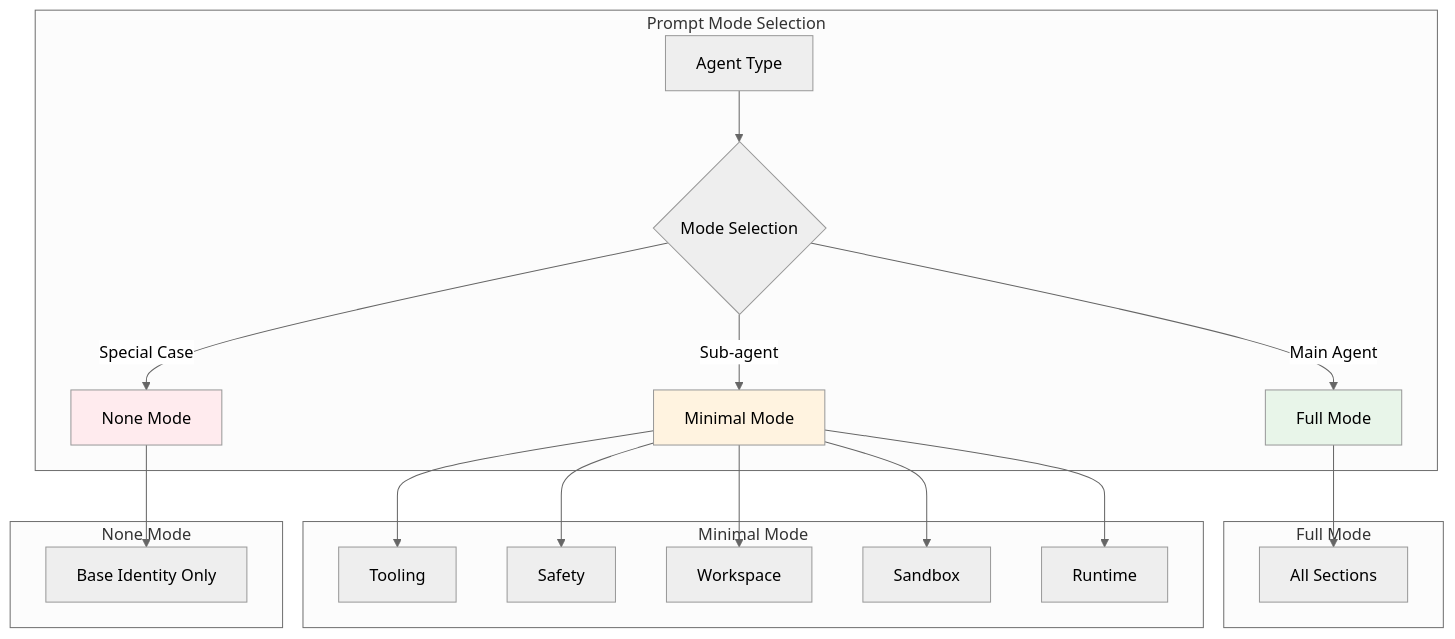
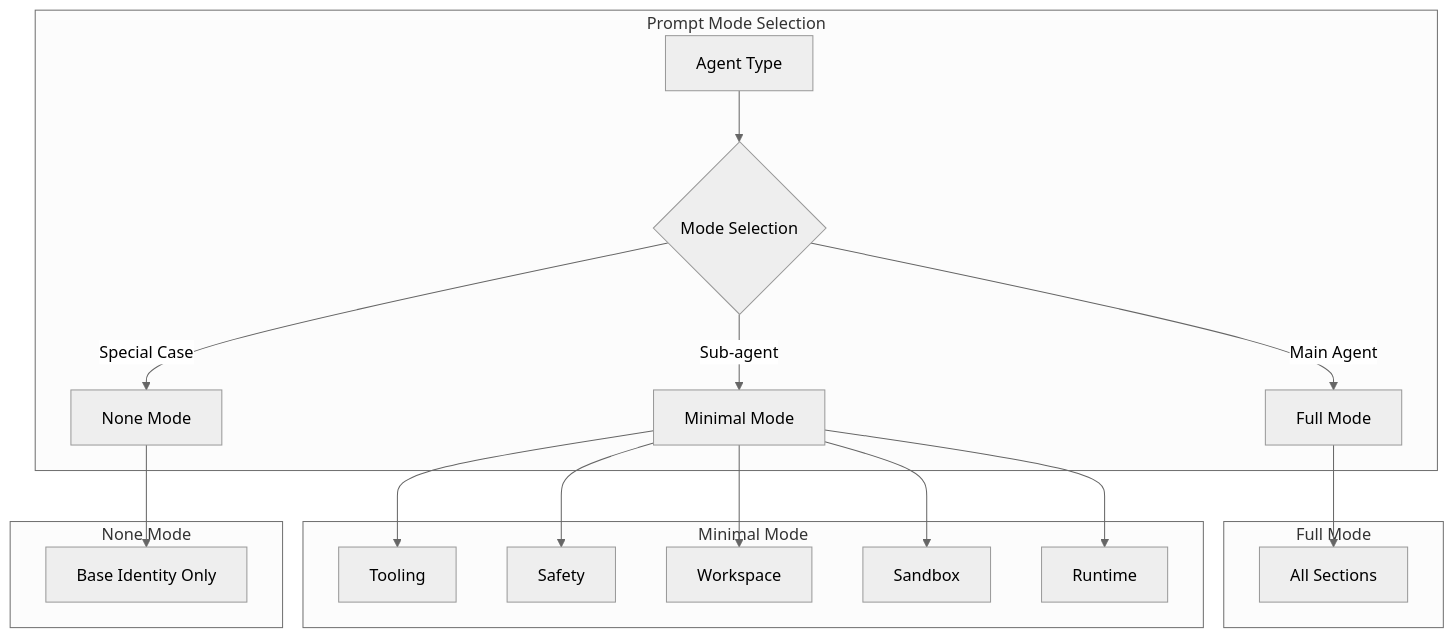
Before and after one commit to yuexiaoliang/prompt-engineering-learning: the fifth of 6 diagrams in 05-context-engineering-en.md, drawn with Mermaid (neutral theme). The commit also changed other lines of this file, not shown here.

Commit message:
fix: remove hardcoded Mermaid fill colors for light/dark theme auto-adaptation

````diff
--- a/05-context-engineering-en.md
+++ b/05-context-engineering-en.md
@@ -641,30 +629,26 @@
 ```mermaid
 flowchart TD
     subgraph "Prompt Mode Selection"
         A[Agent Type] --> B{Mode Selection}
 
         B -->|Main Agent| C[Full Mode]
         B -->|Sub-agent| D[Minimal Mode]
         B -->|Special Case| E[None Mode]
     end
 
     subgraph "Full Mode"
         C --> C1[All Sections]
     end
 
     subgraph "Minimal Mode"
         D --> D1[Tooling]
         D --> D2[Safety]
         D --> D3[Workspace]
         D --> D4[Sandbox]
         D --> D5[Runtime]
     end
 
     subgraph "None Mode"
         E --> E1[Base Identity Only]
     end
-
-    style C fill:#e8f5e9
-    style D fill:#fff3e0
-    style E fill:#ffebee
 ```
````
